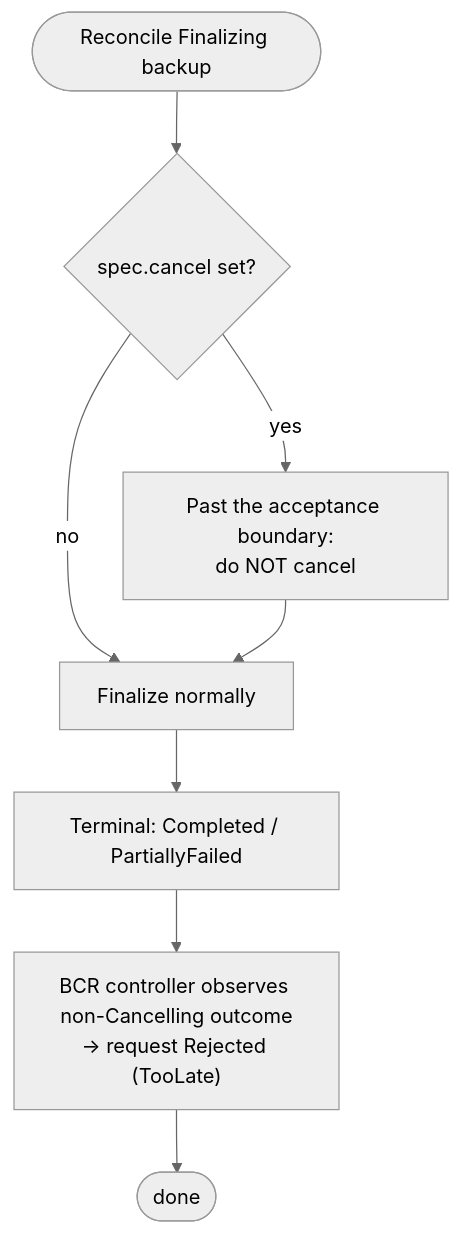
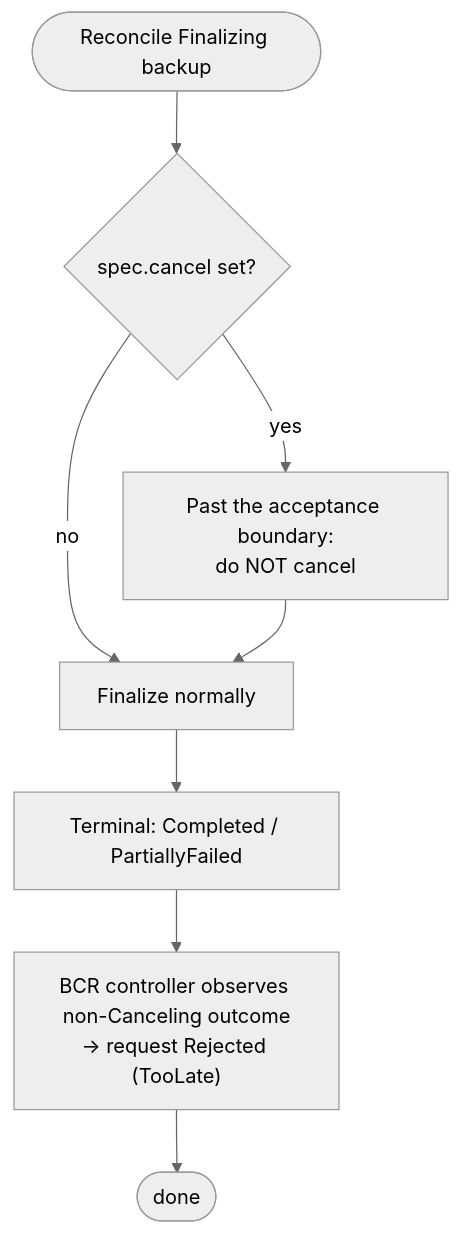
One commit to vmware-tanzu/velero changed the fifth of 6 diagrams in design/backup-cancellation_design.md. Above: the diagram before and after it, drawn with Mermaid (neutral theme). The commit also changed other lines of this file, not shown here.

First line of the commit message:
Use US spelling (Canceling/Canceled) in backup cancellation design

````diff
--- a/design/backup-cancellation_design.md
+++ b/design/backup-cancellation_design.md
@@ -375,10 +375,10 @@
 ```mermaid
 flowchart TD
     A([Reconcile Finalizing backup]) --> B{spec.cancel set?}
     B -- no --> C[Finalize normally]
     B -- yes --> D["Past the acceptance boundary:<br/>do NOT cancel"]
     D --> C
     C --> E[Terminal: Completed / PartiallyFailed]
-    E --> F["BCR controller observes non-Cancelling outcome<br/>-> request Rejected (TooLate)"]
+    E --> F["BCR controller observes non-Canceling outcome<br/>-> request Rejected (TooLate)"]
     F --> G([done])
 ```
````
